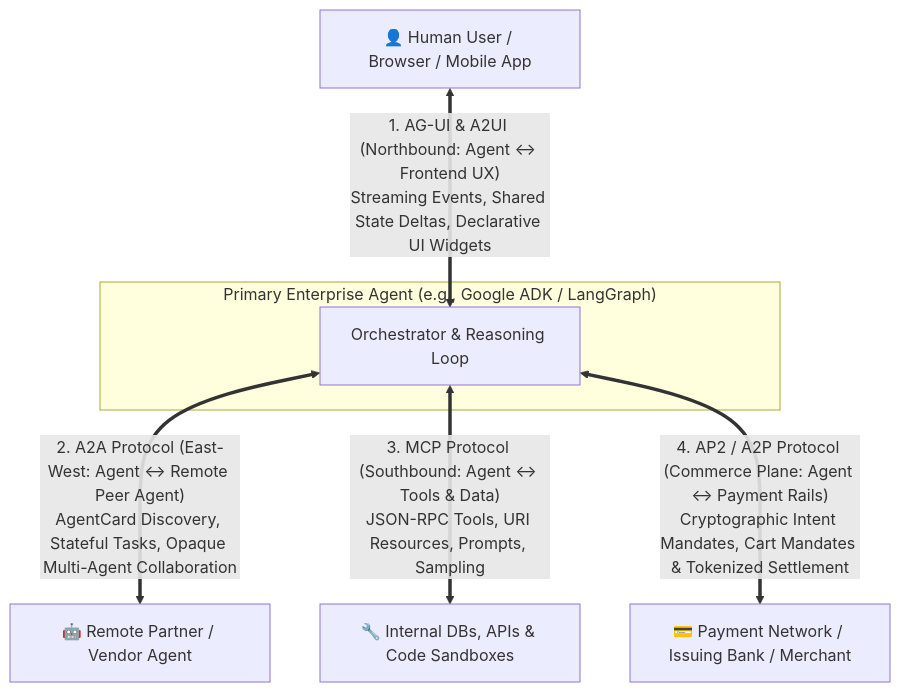
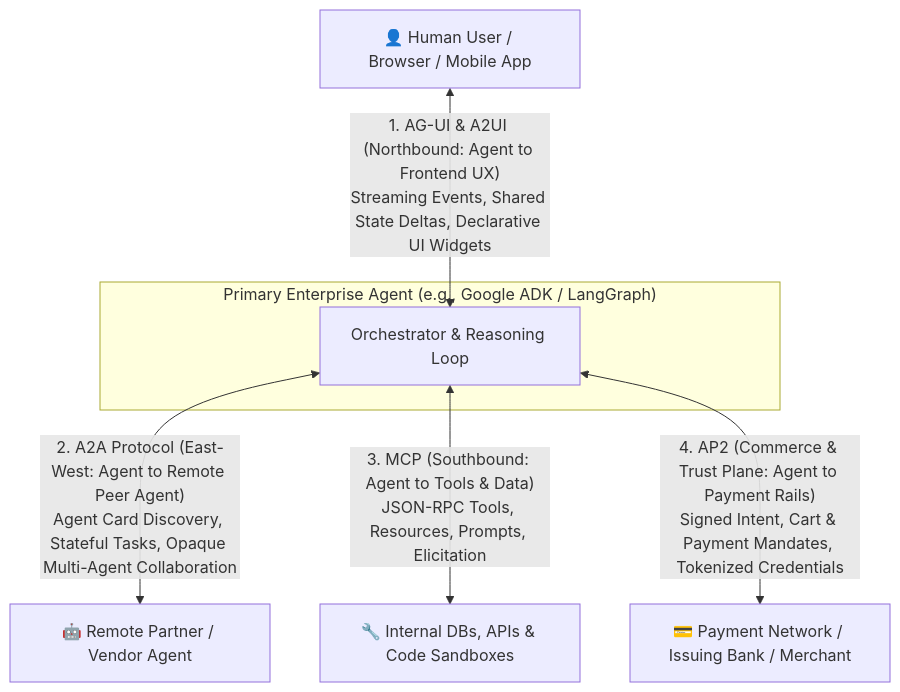
Before and after one commit to Rajdipc/agentic-ai-orchestration-patterns: the third of 3 diagrams in chapter-15-agent-to-frontend-ux-and-commerce-protocols.md, drawn with Mermaid. The commit also changed other lines of this file and 18 other files, not shown here.

````diff
--- a/chapter-15-agent-to-frontend-ux-and-commerce-protocols.md
+++ b/chapter-15-agent-to-frontend-ux-and-commerce-protocols.md
@@ -117,13 +165,13 @@
 ```mermaid
 flowchart TD
     Human["👤 Human User / Browser / Mobile App"]
 
     subgraph Orch["Primary Enterprise Agent (e.g., Google ADK / LangGraph)"]
         Core["Orchestrator & Reasoning Loop"]
     end
 
-    Human <== "1. AG-UI & A2UI (Northbound: Agent <-> Frontend UX)\nStreaming Events, Shared State Deltas, Declarative UI Widgets" ==> Core
-    Core <== "2. A2A Protocol (East-West: Agent <-> Remote Peer Agent)\nAgentCard Discovery, Stateful Tasks, Opaque Multi-Agent Collaboration" ==> Peer["🤖 Remote Partner / Vendor Agent"]
-    Core <== "3. MCP Protocol (Southbound: Agent <-> Tools & Data)\nJSON-RPC Tools, URI Resources, Prompts, Sampling" ==> Tools["🔧 Internal DBs, APIs & Code Sandboxes"]
-    Core <== "4. AP2 / A2P Protocol (Commerce Plane: Agent <-> Payment Rails)\nCryptographic Intent Mandates, Cart Mandates & Tokenized Settlement" ==> Pay["💳 Payment Network / Issuing Bank / Merchant"]
+    Human <-->|"1. AG-UI & A2UI (Northbound: Agent to Frontend UX)<br/>Streaming Events, Shared State Deltas, Declarative UI Widgets"| Core
+    Core <-->|"2. A2A Protocol (East-West: Agent to Remote Peer Agent)<br/>Agent Card Discovery, Stateful Tasks, Opaque Multi-Agent Collaboration"| Peer["🤖 Remote Partner / Vendor Agent"]
+    Core <-->|"3. MCP (Southbound: Agent to Tools & Data)<br/>JSON-RPC Tools, Resources, Prompts, Elicitation"| Tools["🔧 Internal DBs, APIs & Code Sandboxes"]
+    Core <-->|"4. AP2 (Commerce & Trust Plane: Agent to Payment Rails)<br/>Signed Intent, Cart & Payment Mandates, Tokenized Credentials"| Pay["💳 Payment Network / Issuing Bank / Merchant"]
 ```
````
